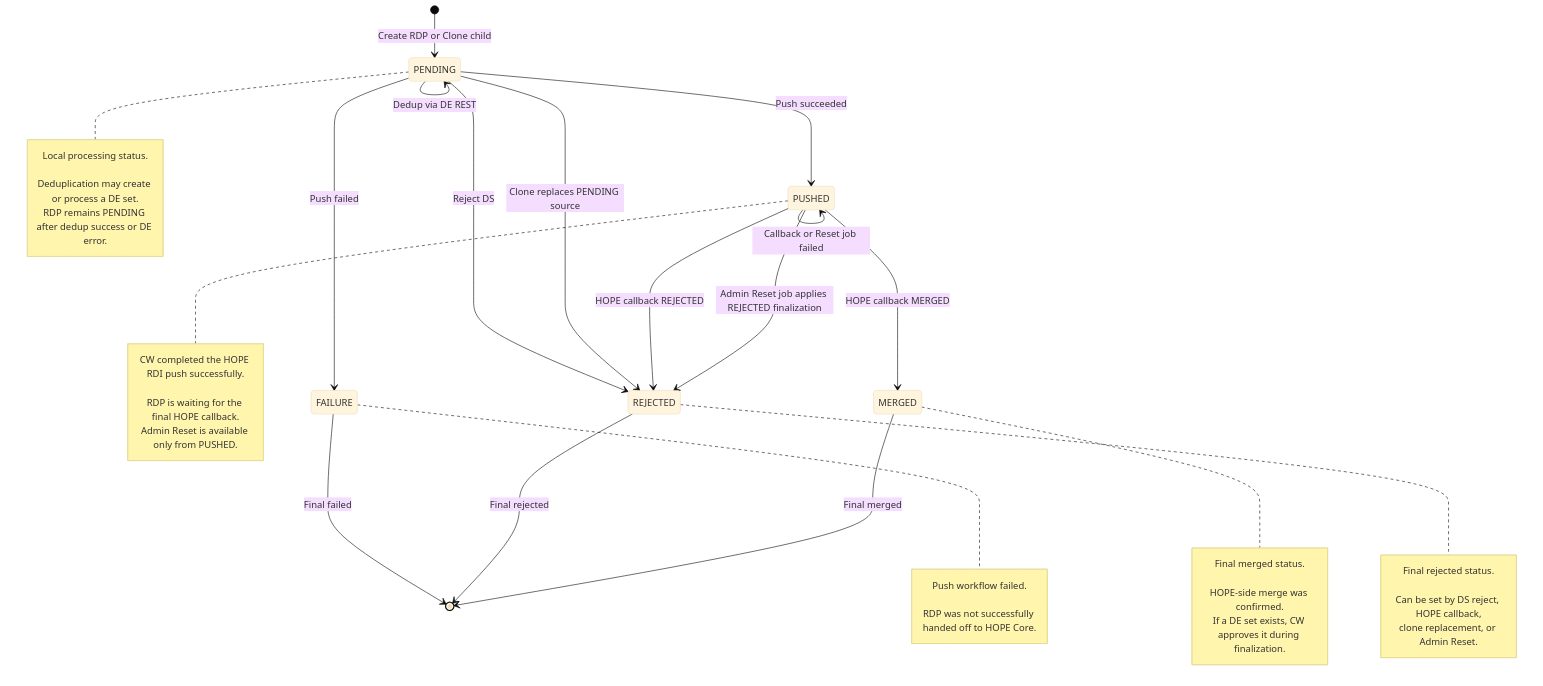
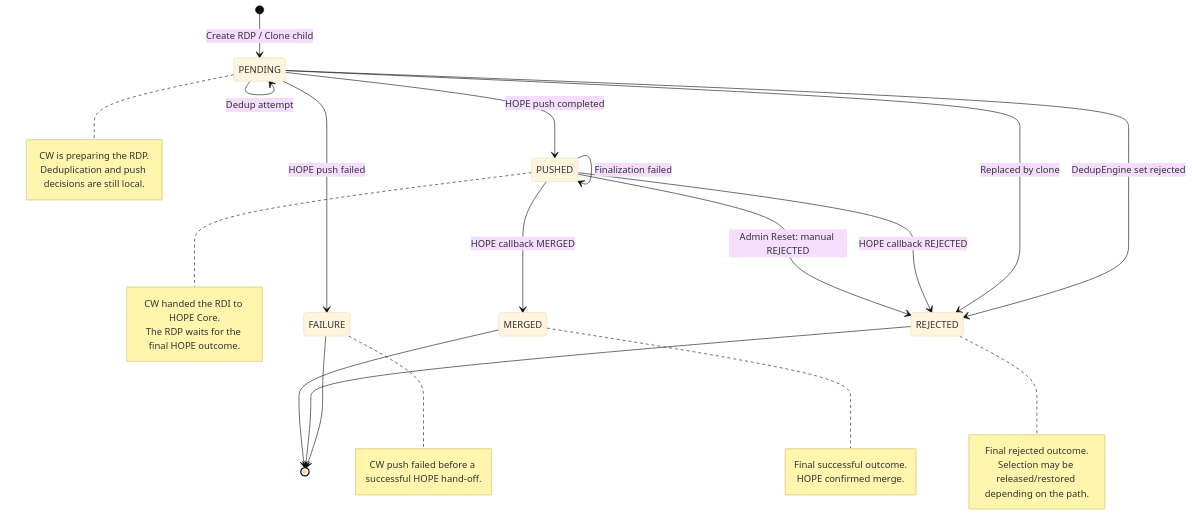
The first of 2 diagrams in docs/src/flows/rdp_lifecycle.md (unicef/hope-country-workspace), drawn with Mermaid (base theme) before and after one commit. The commit also changed other lines of this file and 7 other files, not shown here.

````diff
--- a/docs/src/flows/rdp_lifecycle.md
+++ b/docs/src/flows/rdp_lifecycle.md
@@ -3,48 +3,43 @@
 ```mermaid
 stateDiagram-v2
-    [*] --> PENDING: Create RDP or Clone child
+    [*] --> PENDING: Create RDP / Clone child
 
-    PENDING --> PENDING: Dedup via DE REST
-    PENDING --> FAILURE: Push failed
-    PENDING --> PUSHED: Push succeeded
-    PENDING --> REJECTED: Reject DS
-    PENDING --> REJECTED: Clone replaces PENDING source
+    PENDING --> PENDING: Dedup attempt
+    PENDING --> FAILURE: HOPE push failed
+    PENDING --> PUSHED: HOPE push completed
+    PENDING --> REJECTED: DedupEngine set rejected
+    PENDING --> REJECTED: Replaced by clone
 
     PUSHED --> MERGED: HOPE callback MERGED
     PUSHED --> REJECTED: HOPE callback REJECTED
-    PUSHED --> REJECTED: Admin Reset job applies REJECTED finalization
-    PUSHED --> PUSHED: Callback or Reset job failed
+    PUSHED --> REJECTED: Admin Reset: manual REJECTED
+    PUSHED --> PUSHED: Finalization failed
 
-    FAILURE --> [*]: Final failed
-    REJECTED --> [*]: Final rejected
-    MERGED --> [*]: Final merged
+    FAILURE --> [*]
+    REJECTED --> [*]
+    MERGED --> [*]
 
     note right of PENDING
-        Local processing status.<br>
-        Deduplication may create or process a DE set.
-        RDP remains PENDING after dedup success or DE error.
+        CW is preparing the RDP.
+        Deduplication and push decisions are still local.
+    end note
+
+    note right of PUSHED
+        CW handed the RDI to HOPE Core.
+        The RDP waits for the final HOPE outcome.
+    end note
+
+    note right of MERGED
+        Final successful outcome.
+        HOPE confirmed merge.
+    end note
+
+    note right of REJECTED
+        Final rejected outcome.
+        Selection may be released/restored depending on the path.
     end note
 
     note right of FAILURE
-        Push workflow failed.<br>
-        RDP was not successfully handed off to HOPE Core.
-    end note
-
-    note right of PUSHED
-        CW completed the HOPE RDI push successfully.<br>
-        RDP is waiting for the final HOPE callback.
-        Admin Reset is available only from PUSHED.
-    end note
-
-    note right of MERGED
-        Final merged status.<br>
-        HOPE-side merge was confirmed.
-        If a DE set exists, CW approves it during finalization.
-    end note
-
-    note right of REJECTED
-        Final rejected status.<br>
-        Can be set by DS reject, HOPE callback,
-        clone replacement, or Admin Reset.
+        CW push failed before a successful HOPE hand-off.
     end note
 ```
````
